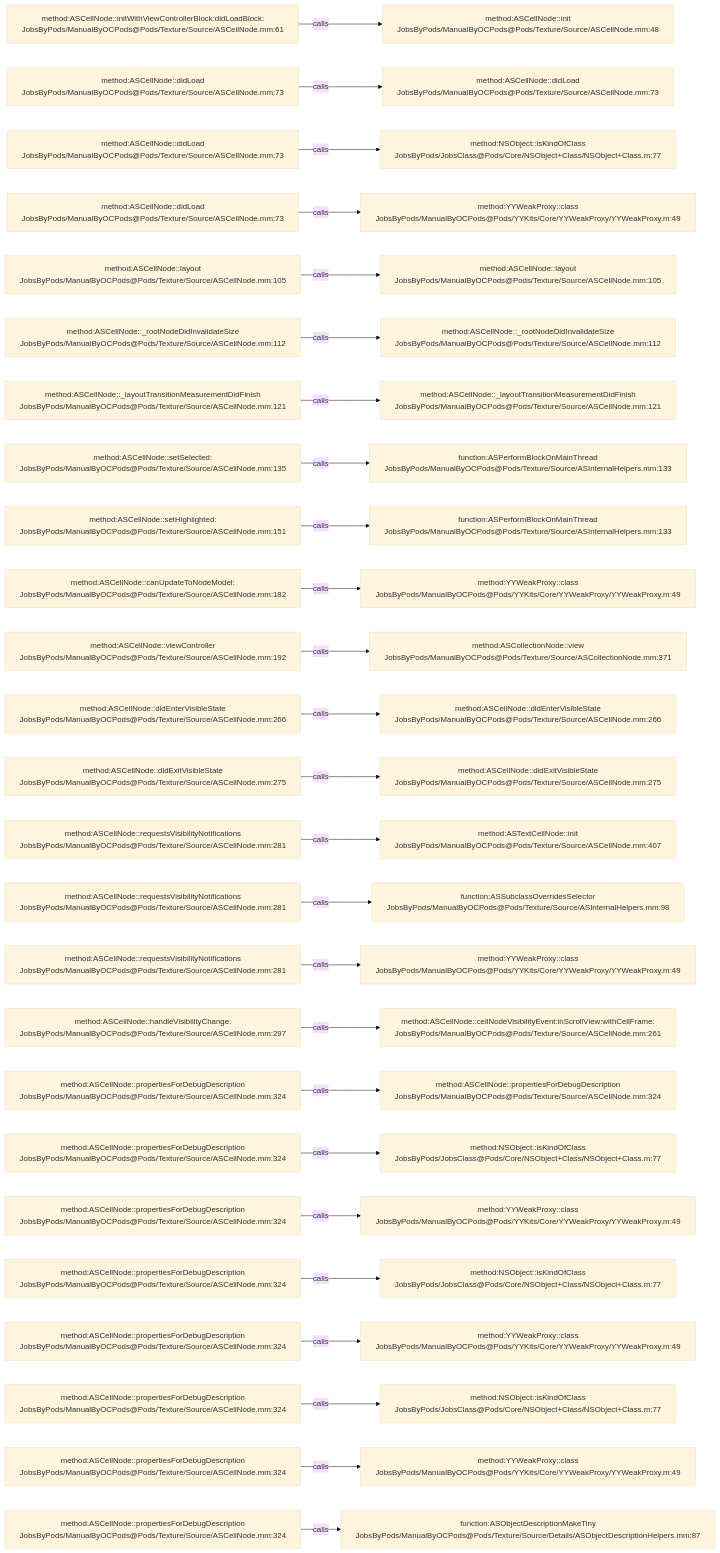
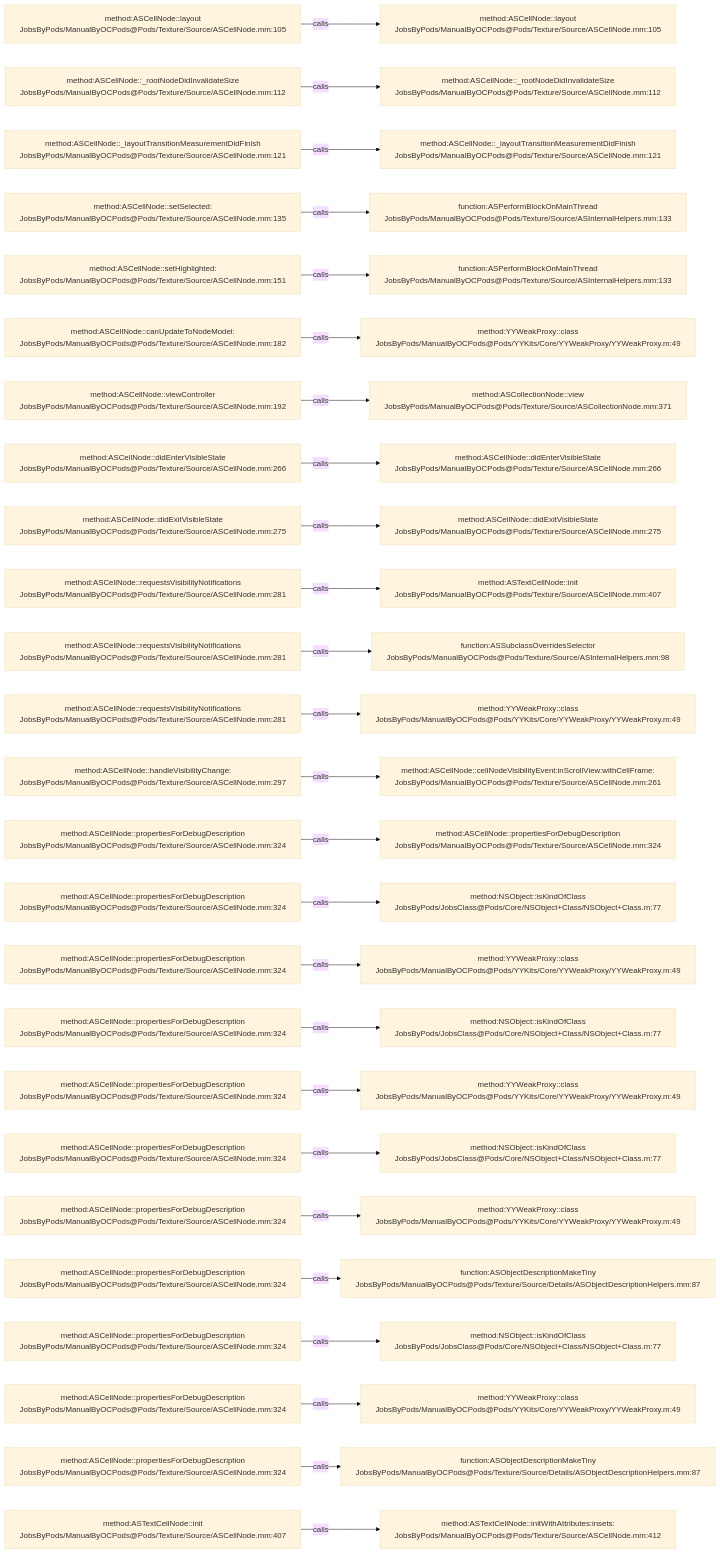
Before and after one commit to JobsKits/JobsOCBaseConfigDemo: the diagram in .codegraph/codegraph.md/graphs/calls-071.md, drawn with Mermaid (base theme). The commit also changed 727 other files, not shown here.

````diff
--- a/.codegraph/codegraph.md/graphs/calls-071.md
+++ b/.codegraph/codegraph.md/graphs/calls-071.md
@@ -13,78 +13,78 @@
 ```mermaid
 flowchart LR
-  S1["method:ASCellNode::initWithViewControllerBlock:didLoadBlock:<br/>JobsByPods/ManualByOCPods@Pods/Texture/Source/ASCellNode.mm:61"]
-  T1["method:ASCellNode::init<br/>JobsByPods/ManualByOCPods@Pods/Texture/Source/ASCellNode.mm:48"]
+  S1["method:ASCellNode::layout<br/>JobsByPods/ManualByOCPods@Pods/Texture/Source/ASCellNode.mm:105"]
+  T1["method:ASCellNode::layout<br/>JobsByPods/ManualByOCPods@Pods/Texture/Source/ASCellNode.mm:105"]
   S1 -->|calls| T1
-  S2["method:ASCellNode::didLoad<br/>JobsByPods/ManualByOCPods@Pods/Texture/Source/ASCellNode.mm:73"]
-  T2["method:ASCellNode::didLoad<br/>JobsByPods/ManualByOCPods@Pods/Texture/Source/ASCellNode.mm:73"]
+  S2["method:ASCellNode::_rootNodeDidInvalidateSize<br/>JobsByPods/ManualByOCPods@Pods/Texture/Source/ASCellNode.mm:112"]
+  T2["method:ASCellNode::_rootNodeDidInvalidateSize<br/>JobsByPods/ManualByOCPods@Pods/Texture/Source/ASCellNode.mm:112"]
   S2 -->|calls| T2
-  S3["method:ASCellNode::didLoad<br/>JobsByPods/ManualByOCPods@Pods/Texture/Source/ASCellNode.mm:73"]
-  T3["method:NSObject::isKindOfClass<br/>JobsByPods/JobsClass@Pods/Core/NSObject+Class/NSObject+Class.m:77"]
+  S3["method:ASCellNode::_layoutTransitionMeasurementDidFinish<br/>JobsByPods/ManualByOCPods@Pods/Texture/Source/ASCellNode.mm:121"]
+  T3["method:ASCellNode::_layoutTransitionMeasurementDidFinish<br/>JobsByPods/ManualByOCPods@Pods/Texture/Source/ASCellNode.mm:121"]
   S3 -->|calls| T3
-  S4["method:ASCellNode::didLoad<br/>JobsByPods/ManualByOCPods@Pods/Texture/Source/ASCellNode.mm:73"]
-  T4["method:YYWeakProxy::class<br/>JobsByPods/ManualByOCPods@Pods/YYKits/Core/YYWeakProxy/YYWeakProxy.m:49"]
+  S4["method:ASCellNode::setSelected:<br/>JobsByPods/ManualByOCPods@Pods/Texture/Source/ASCellNode.mm:135"]
+  T4["function:ASPerformBlockOnMainThread<br/>JobsByPods/ManualByOCPods@Pods/Texture/Source/ASInternalHelpers.mm:133"]
   S4 -->|calls| T4
-  S5["method:ASCellNode::layout<br/>JobsByPods/ManualByOCPods@Pods/Texture/Source/ASCellNode.mm:105"]
-  T5["method:ASCellNode::layout<br/>JobsByPods/ManualByOCPods@Pods/Texture/Source/ASCellNode.mm:105"]
+  S5["method:ASCellNode::setHighlighted:<br/>JobsByPods/ManualByOCPods@Pods/Texture/Source/ASCellNode.mm:151"]
+  T5["function:ASPerformBlockOnMainThread<br/>JobsByPods/ManualByOCPods@Pods/Texture/Source/ASInternalHelpers.mm:133"]
   S5 -->|calls| T5
-  S6["method:ASCellNode::_rootNodeDidInvalidateSize<br/>JobsByPods/ManualByOCPods@Pods/Texture/Source/ASCellNode.mm:112"]
-  T6["method:ASCellNode::_rootNodeDidInvalidateSize<br/>JobsByPods/ManualByOCPods@Pods/Texture/Source/ASCellNode.mm:112"]
+  S6["method:ASCellNode::canUpdateToNodeModel:<br/>JobsByPods/ManualByOCPods@Pods/Texture/Source/ASCellNode.mm:182"]
+  T6["method:YYWeakProxy::class<br/>JobsByPods/ManualByOCPods@Pods/YYKits/Core/YYWeakProxy/YYWeakProxy.m:49"]
   S6 -->|calls| T6
-  S7["method:ASCellNode::_layoutTransitionMeasurementDidFinish<br/>JobsByPods/ManualByOCPods@Pods/Texture/Source/ASCellNode.mm:121"]
-  T7["method:ASCellNode::_layoutTransitionMeasurementDidFinish<br/>JobsByPods/ManualByOCPods@Pods/Texture/Source/ASCellNode.mm:121"]
+  S7["method:ASCellNode::viewController<br/>JobsByPods/ManualByOCPods@Pods/Texture/Source/ASCellNode.mm:192"]
+  T7["method:ASCollectionNode::view<br/>JobsByPods/ManualByOCPods@Pods/Texture/Source/ASCollectionNode.mm:371"]
   S7 -->|calls| T7
-  S8["method:ASCellNode::setSelected:<br/>JobsByPods/ManualByOCPods@Pods/Texture/Source/ASCellNode.mm:135"]
-  T8["function:ASPerformBlockOnMainThread<br/>JobsByPods/ManualByOCPods@Pods/Texture/Source/ASInternalHelpers.mm:133"]
+  S8["method:ASCellNode::didEnterVisibleState<br/>JobsByPods/ManualByOCPods@Pods/Texture/Source/ASCellNode.mm:266"]
+  T8["method:ASCellNode::didEnterVisibleState<br/>JobsByPods/ManualByOCPods@Pods/Texture/Source/ASCellNode.mm:266"]
   S8 -->|calls| T8
-  S9["method:ASCellNode::setHighlighted:<br/>JobsByPods/ManualByOCPods@Pods/Texture/Source/ASCellNode.mm:151"]
-  T9["function:ASPerformBlockOnMainThread<br/>JobsByPods/ManualByOCPods@Pods/Texture/Source/ASInternalHelpers.mm:133"]
+  S9["method:ASCellNode::didExitVisibleState<br/>JobsByPods/ManualByOCPods@Pods/Texture/Source/ASCellNode.mm:275"]
+  T9["method:ASCellNode::didExitVisibleState<br/>JobsByPods/ManualByOCPods@Pods/Texture/Source/ASCellNode.mm:275"]
   S9 -->|calls| T9
-  S10["method:ASCellNode::canUpdateToNodeModel:<br/>JobsByPods/ManualByOCPods@Pods/Texture/Source/ASCellNode.mm:182"]
-  T10["method:YYWeakProxy::class<br/>JobsByPods/ManualByOCPods@Pods/YYKits/Core/YYWeakProxy/YYWeakProxy.m:49"]
+  S10["method:ASCellNode::requestsVisibilityNotifications<br/>JobsByPods/ManualByOCPods@Pods/Texture/Source/ASCellNode.mm:281"]
+  T10["method:ASTextCellNode::init<br/>JobsByPods/ManualByOCPods@Pods/Texture/Source/ASCellNode.mm:407"]
   S10 -->|calls| T10
-  S11["method:ASCellNode::viewController<br/>JobsByPods/ManualByOCPods@Pods/Texture/Source/ASCellNode.mm:192"]
-  T11["method:ASCollectionNode::view<br/>JobsByPods/ManualByOCPods@Pods/Texture/Source/ASCollectionNode.mm:371"]
+  S11["method:ASCellNode::requestsVisibilityNotifications<br/>JobsByPods/ManualByOCPods@Pods/Texture/Source/ASCellNode.mm:281"]
+  T11["function:ASSubclassOverridesSelector<br/>JobsByPods/ManualByOCPods@Pods/Texture/Source/ASInternalHelpers.mm:98"]
   S11 -->|calls| T11
-  S12["method:ASCellNode::didEnterVisibleState<br/>JobsByPods/ManualByOCPods@Pods/Texture/Source/ASCellNode.mm:266"]
-  T12["method:ASCellNode::didEnterVisibleState<br/>JobsByPods/ManualByOCPods@Pods/Texture/Source/ASCellNode.mm:266"]
+  S12["method:ASCellNode::requestsVisibilityNotifications<br/>JobsByPods/ManualByOCPods@Pods/Texture/Source/ASCellNode.mm:281"]
+  T12["method:YYWeakProxy::class<br/>JobsByPods/ManualByOCPods@Pods/YYKits/Core/YYWeakProxy/YYWeakProxy.m:49"]
   S12 -->|calls| T12
-  S13["method:ASCellNode::didExitVisibleState<br/>JobsByPods/ManualByOCPods@Pods/Texture/Source/ASCellNode.mm:275"]
-  T13["method:ASCellNode::didExitVisibleState<br/>JobsByPods/ManualByOCPods@Pods/Texture/Source/ASCellNode.mm:275"]
+  S13["method:ASCellNode::handleVisibilityChange:<br/>JobsByPods/ManualByOCPods@Pods/Texture/Source/ASCellNode.mm:297"]
+  T13["method:ASCellNode::cellNodeVisibilityEvent:inScrollView:withCellFrame:<br/>JobsByPods/ManualByOCPods@Pods/Texture/Source/ASCellNode.mm:261"]
   S13 -->|calls| T13
-  S14["method:ASCellNode::requestsVisibilityNotifications<br/>JobsByPods/ManualByOCPods@Pods/Texture/Source/ASCellNode.mm:281"]
-  T14["method:ASTextCellNode::init<br/>JobsByPods/ManualByOCPods@Pods/Texture/Source/ASCellNode.mm:407"]
+  S14["method:ASCellNode::propertiesForDebugDescription<br/>JobsByPods/ManualByOCPods@Pods/Texture/Source/ASCellNode.mm:324"]
+  T14["method:ASCellNode::propertiesForDebugDescription<br/>JobsByPods/ManualByOCPods@Pods/Texture/Source/ASCellNode.mm:324"]
   S14 -->|calls| T14
-  S15["method:ASCellNode::requestsVisibilityNotifications<br/>JobsByPods/ManualByOCPods@Pods/Texture/Source/ASCellNode.mm:281"]
-  T15["function:ASSubclassOverridesSelector<br/>JobsByPods/ManualByOCPods@Pods/Texture/Source/ASInternalHelpers.mm:98"]
+  S15["method:ASCellNode::propertiesForDebugDescription<br/>JobsByPods/ManualByOCPods@Pods/Texture/Source/ASCellNode.mm:324"]
+  T15["method:NSObject::isKindOfClass<br/>JobsByPods/JobsClass@Pods/Core/NSObject+Class/NSObject+Class.m:77"]
   S15 -->|calls| T15
-  S16["method:ASCellNode::requestsVisibilityNotifications<br/>JobsByPods/ManualByOCPods@Pods/Texture/Source/ASCellNode.mm:281"]
+  S16["method:ASCellNode::propertiesForDebugDescription<br/>JobsByPods/ManualByOCPods@Pods/Texture/Source/ASCellNode.mm:324"]
   T16["method:YYWeakProxy::class<br/>JobsByPods/ManualByOCPods@Pods/YYKits/Core/YYWeakProxy/YYWeakProxy.m:49"]
   S16 -->|calls| T16
-  S17["method:ASCellNode::handleVisibilityChange:<br/>JobsByPods/ManualByOCPods@Pods/Texture/Source/ASCellNode.mm:297"]
-  T17["method:ASCellNode::cellNodeVisibilityEvent:inScrollView:withCellFrame:<br/>JobsByPods/ManualByOCPods@Pods/Texture/Source/ASCellNode.mm:261"]
+  S17["method:ASCellNode::propertiesForDebugDescription<br/>JobsByPods/ManualByOCPods@Pods/Texture/Source/ASCellNode.mm:324"]
+  T17["method:NSObject::isKindOfClass<br/>JobsByPods/JobsClass@Pods/Core/NSObject+Class/NSObject+Class.m:77"]
   S17 -->|calls| T17
   S18["method:ASCellNode::propertiesForDebugDescription<br/>JobsByPods/ManualByOCPods@Pods/Texture/Source/ASCellNode.mm:324"]
-  T18["method:ASCellNode::propertiesForDebugDescription<br/>JobsByPods/ManualByOCPods@Pods/Texture/Source/ASCellNode.mm:324"]
+  T18["method:YYWeakProxy::class<br/>JobsByPods/ManualByOCPods@Pods/YYKits/Core/YYWeakProxy/YYWeakProxy.m:49"]
   S18 -->|calls| T18
   S19["method:ASCellNode::propertiesForDebugDescription<br/>JobsByPods/ManualByOCPods@Pods/Texture/Source/ASCellNode.mm:324"]
   T19["method:NSObject::isKindOfClass<br/>JobsByPods/JobsClass@Pods/Core/NSObject+Class/NSObject+Class.m:77"]
   S19 -->|calls| T19
   S20["method:ASCellNode::propertiesForDebugDescription<br/>JobsByPods/ManualByOCPods@Pods/Texture/Source/ASCellNode.mm:324"]
   T20["method:YYWeakProxy::class<br/>JobsByPods/ManualByOCPods@Pods/YYKits/Core/YYWeakProxy/YYWeakProxy.m:49"]
   S20 -->|calls| T20
   S21["method:ASCellNode::propertiesForDebugDescription<br/>JobsByPods/ManualByOCPods@Pods/Texture/Source/ASCellNode.mm:324"]
-  T21["method:NSObject::isKindOfClass<br/>JobsByPods/JobsClass@Pods/Core/NSObject+Class/NSObject+Class.m:77"]
+  T21["function:ASObjectDescriptionMakeTiny<br/>JobsByPods/ManualByOCPods@Pods/Texture/Source/Details/ASObjectDescriptionHelpers.mm:87"]
   S21 -->|calls| T21
   S22["method:ASCellNode::propertiesForDebugDescription<br/>JobsByPods/ManualByOCPods@Pods/Texture/Source/ASCellNode.mm:324"]
-  T22["method:YYWeakProxy::class<br/>JobsByPods/ManualByOCPods@Pods/YYKits/Core/YYWeakProxy/YYWeakProxy.m:49"]
+  T22["method:NSObject::isKindOfClass<br/>JobsByPods/JobsClass@Pods/Core/NSObject+Class/NSObject+Class.m:77"]
   S22 -->|calls| T22
   S23["method:ASCellNode::propertiesForDebugDescription<br/>JobsByPods/ManualByOCPods@Pods/Texture/Source/ASCellNode.mm:324"]
-  T23["method:NSObject::isKindOfClass<br/>JobsByPods/JobsClass@Pods/Core/NSObject+Class/NSObject+Class.m:77"]
+  T23["method:YYWeakProxy::class<br/>JobsByPods/ManualByOCPods@Pods/YYKits/Core/YYWeakProxy/YYWeakProxy.m:49"]
   S23 -->|calls| T23
   S24["method:ASCellNode::propertiesForDebugDescription<br/>JobsByPods/ManualByOCPods@Pods/Texture/Source/ASCellNode.mm:324"]
-  T24["method:YYWeakProxy::class<br/>JobsByPods/ManualByOCPods@Pods/YYKits/Core/YYWeakProxy/YYWeakProxy.m:49"]
+  T24["function:ASObjectDescriptionMakeTiny<br/>JobsByPods/ManualByOCPods@Pods/Texture/Source/Details/ASObjectDescriptionHelpers.mm:87"]
   S24 -->|calls| T24
-  S25["method:ASCellNode::propertiesForDebugDescription<br/>JobsByPods/ManualByOCPods@Pods/Texture/Source/ASCellNode.mm:324"]
-  T25["function:ASObjectDescriptionMakeTiny<br/>JobsByPods/ManualByOCPods@Pods/Texture/Source/Details/ASObjectDescriptionHelpers.mm:87"]
+  S25["method:ASTextCellNode::init<br/>JobsByPods/ManualByOCPods@Pods/Texture/Source/ASCellNode.mm:407"]
+  T25["method:ASTextCellNode::initWithAttributes:insets:<br/>JobsByPods/ManualByOCPods@Pods/Texture/Source/ASCellNode.mm:412"]
   S25 -->|calls| T25
 ```
````
